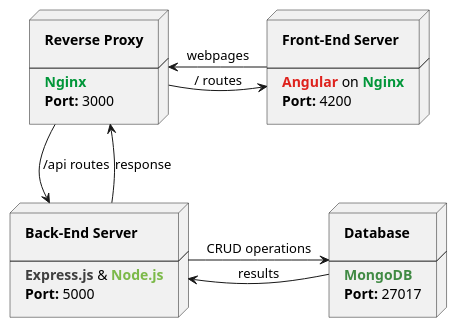
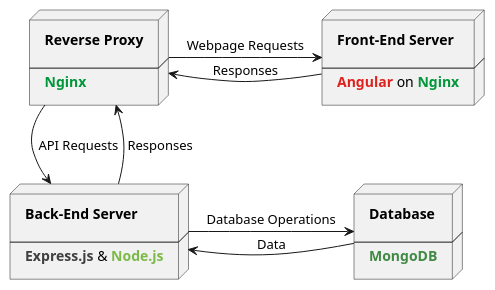
The diagram in documentation/docker-deployment-diagram.plantuml (lukebushur/Research-Web-Portal), drawn with PlantUML before and after one commit.

Commit message:
Updated docker diagram to be less technical

```diff
--- a/documentation/docker-deployment-diagram.plantuml
+++ b/documentation/docker-deployment-diagram.plantuml
@@ -1,37 +1,37 @@
 @startuml docker-deployment-diagram
 node reverseProxy [
 <b>Reverse Proxy</b>
 
 ----
 <b><color:#009639>Nginx</color></b>
-<b>Port:</b> 3000
+' <b>Port:</b> 3000
 ]
 node frontend [
 <b>Front-End Server</b>
 
 ----
 <b><color:#de221d>Angular</color></b> on <b><color:#009639>Nginx</color></b>
-<b>Port:</b> 4200
+' <b>Port:</b> 4200
 ]
 node backend [
 <b>Back-End Server</b>
 
 ----
 <b><color:#3f3f3f>Express.js</color></b> & <b><color:#7cb949>Node.js</color></b>
-<b>Port:</b> 5000
+' <b>Port:</b> 5000
 ]
 node mongoDatabase [
 <b>Database</b>
 
 ----
 <b><color:#408a44>MongoDB</color></b>
-<b>Port:</b> 27017
+' <b>Port:</b> 27017
 ]
 
-reverseProxy -r-> frontend : / routes
-frontend -l-> reverseProxy : webpages
-reverseProxy -d-> backend : /api routes
-backend -u-> reverseProxy : response
-backend -r-> mongoDatabase : CRUD operations
-mongoDatabase -l-> backend : results
+reverseProxy -r-> frontend : Webpage Requests
+frontend -l-> reverseProxy : Responses
+reverseProxy -d-> backend : " API Requests"
+backend -u-> reverseProxy : " Responses"
+backend -r-> mongoDatabase : Database Operations
+mongoDatabase -l-> backend : Data
 @enduml
```
